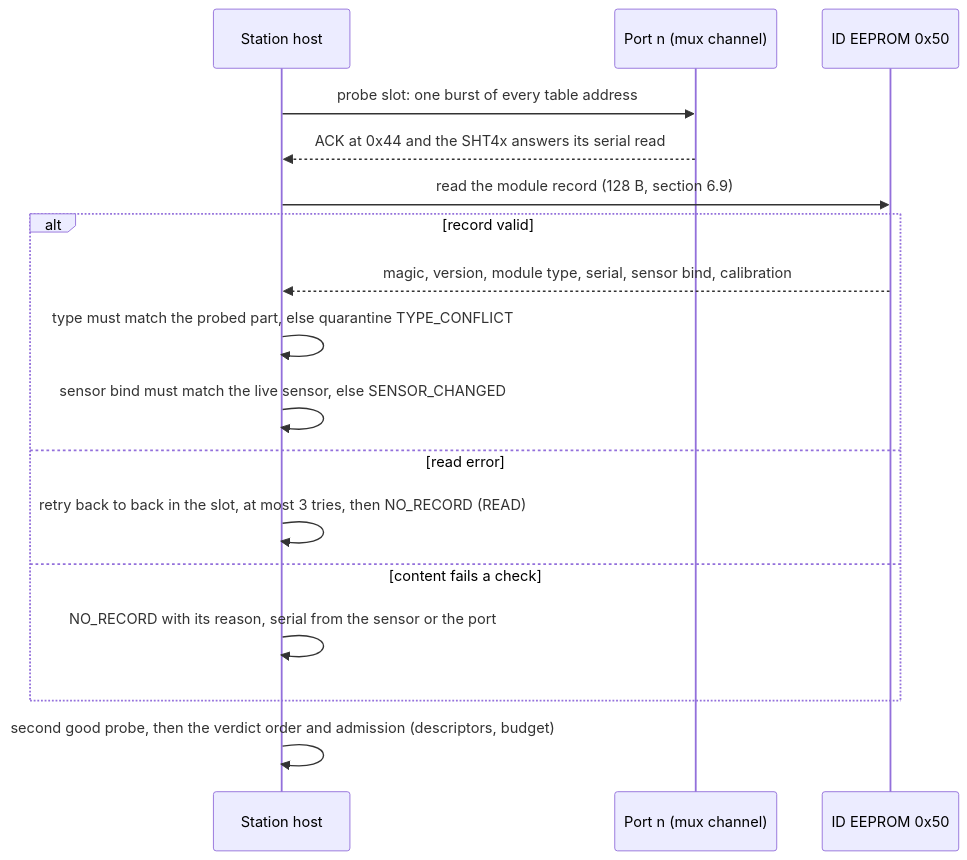
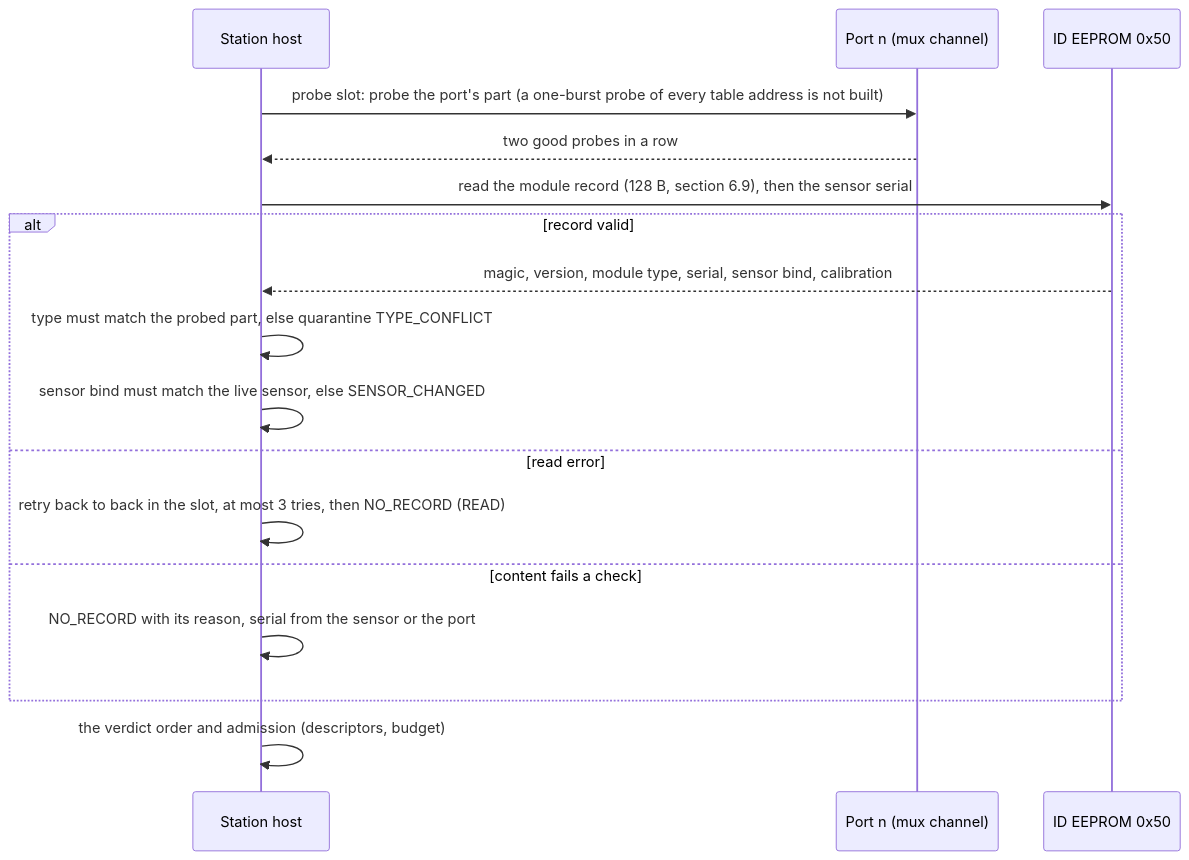
Before and after one commit to clintecker/weather-station-2026: the third of 4 diagrams in docs/firmware-current-design.md, drawn with Mermaid. The commit also changed other lines of this file and 85 other files, not shown here.

````diff
--- a/docs/firmware-current-design.md
+++ b/docs/firmware-current-design.md
@@ -171,19 +231,19 @@
 ```mermaid
 sequenceDiagram
     participant H as Station host
     participant P as Port n (mux channel)
     participant E as ID EEPROM 0x50
-    H->>P: probe slot: one burst of every table address
-    P-->>H: ACK at 0x44 and the SHT4x answers its serial read
-    H->>E: read the module record (128 B, section 6.9)
+    H->>P: probe slot: probe the port's part (a one-burst probe of every table address is not built)
+    P-->>H: two good probes in a row
+    H->>E: read the module record (128 B, section 6.9), then the sensor serial
     alt record valid
         E-->>H: magic, version, module type, serial, sensor bind, calibration
         H->>H: type must match the probed part, else quarantine TYPE_CONFLICT
         H->>H: sensor bind must match the live sensor, else SENSOR_CHANGED
     else read error
         H->>H: retry back to back in the slot, at most 3 tries, then NO_RECORD (READ)
     else content fails a check
         H->>H: NO_RECORD with its reason, serial from the sensor or the port
     end
-    H->>H: second good probe, then the verdict order and admission (descriptors, budget)
+    H->>H: the verdict order and admission (descriptors, budget)
 ```
````
